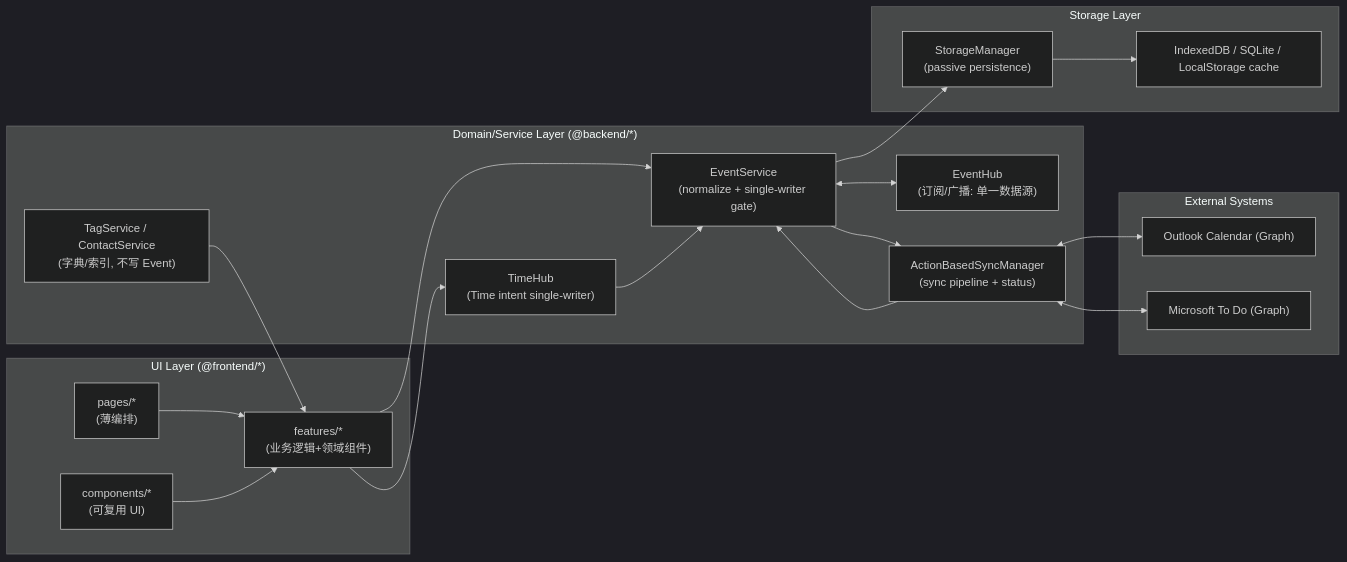
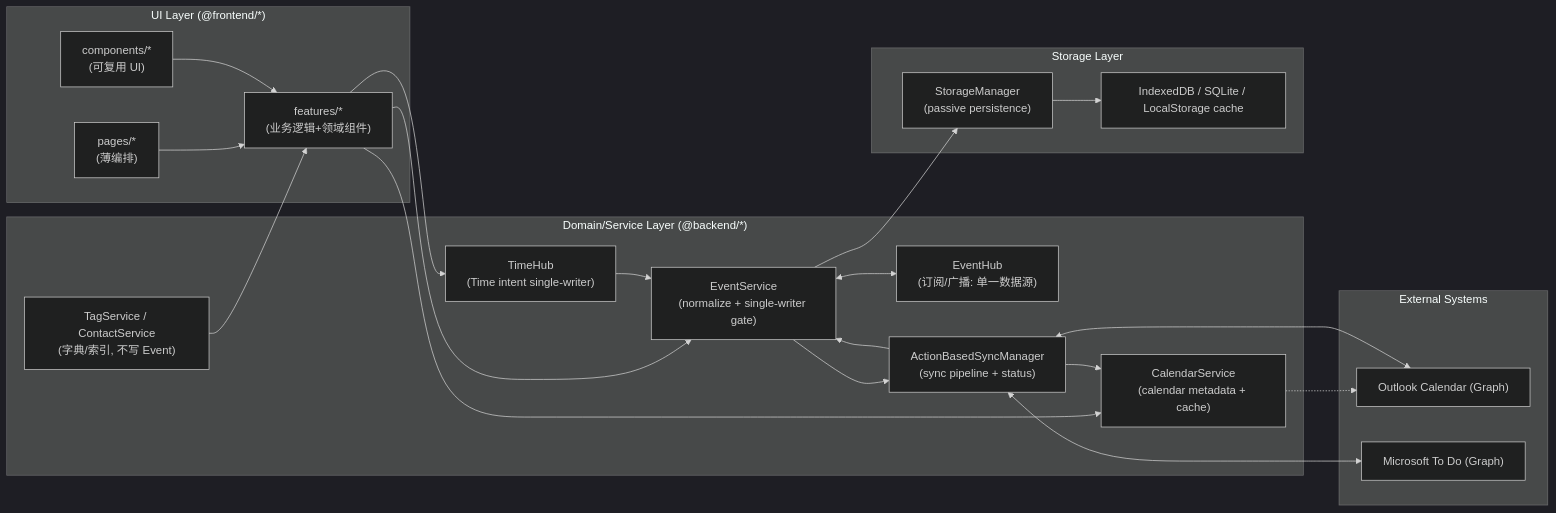
One commit to zoeysnowy/4DNote changed the diagram in docs/refactor/EVENT_FIELD_CONTRACT_EXECUTABLE.md. Above: the diagram before and after it, drawn with Mermaid (dark theme). The commit also changed other lines of this file, not shown here.

Commit message:
docs: include CalendarService in architecture diagram

````diff
--- a/docs/refactor/EVENT_FIELD_CONTRACT_EXECUTABLE.md
+++ b/docs/refactor/EVENT_FIELD_CONTRACT_EXECUTABLE.md
@@ -80,42 +80,47 @@
 ```mermaid
 flowchart LR
   subgraph UI["UI Layer (@frontend/*)"]
     Pages["pages/*<br/>(薄编排)"]
     Features["features/*<br/>(业务逻辑+领域组件)"]
     Components["components/*<br/>(可复用 UI)"]
   end
 
   subgraph Domain["Domain/Service Layer (@backend/*)"]
     ES["EventService<br/>(normalize + single-writer gate)"]
     EH["EventHub<br/>(订阅/广播: 单一数据源)"]
     TH["TimeHub<br/>(Time intent single-writer)"]
+    CS["CalendarService<br/>(calendar metadata + cache)"]
     SS["ActionBasedSyncManager<br/>(sync pipeline + status)"]
     TS["TagService / ContactService<br/>(字典/索引, 不写 Event)"]
   end
 
   subgraph Storage["Storage Layer"]
     SM["StorageManager<br/>(passive persistence)"]
     DB["IndexedDB / SQLite / LocalStorage cache"]
   end
 
   subgraph External["External Systems"]
     OC["Outlook Calendar (Graph)"]
     TD["Microsoft To Do (Graph)"]
   end
 
   Pages --> Features --> ES
   Components --> Features
 
   ES <--> EH
   Features --> TH
   TH --> ES
 
+  Features --> CS
+  SS --> CS
+  CS -.-> OC
+
   ES --> SM --> DB
   SS --> ES
   ES --> SS
 
   SS <--> OC
   SS <--> TD
 
   TS --> Features
 ```
````
